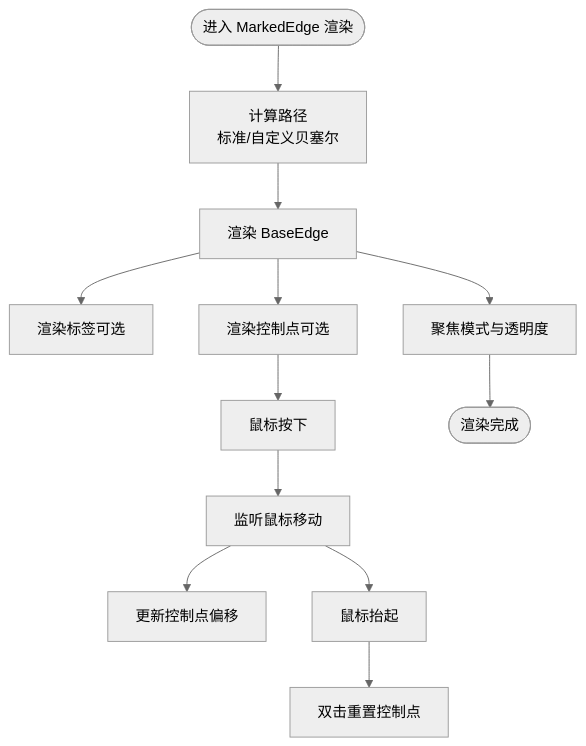
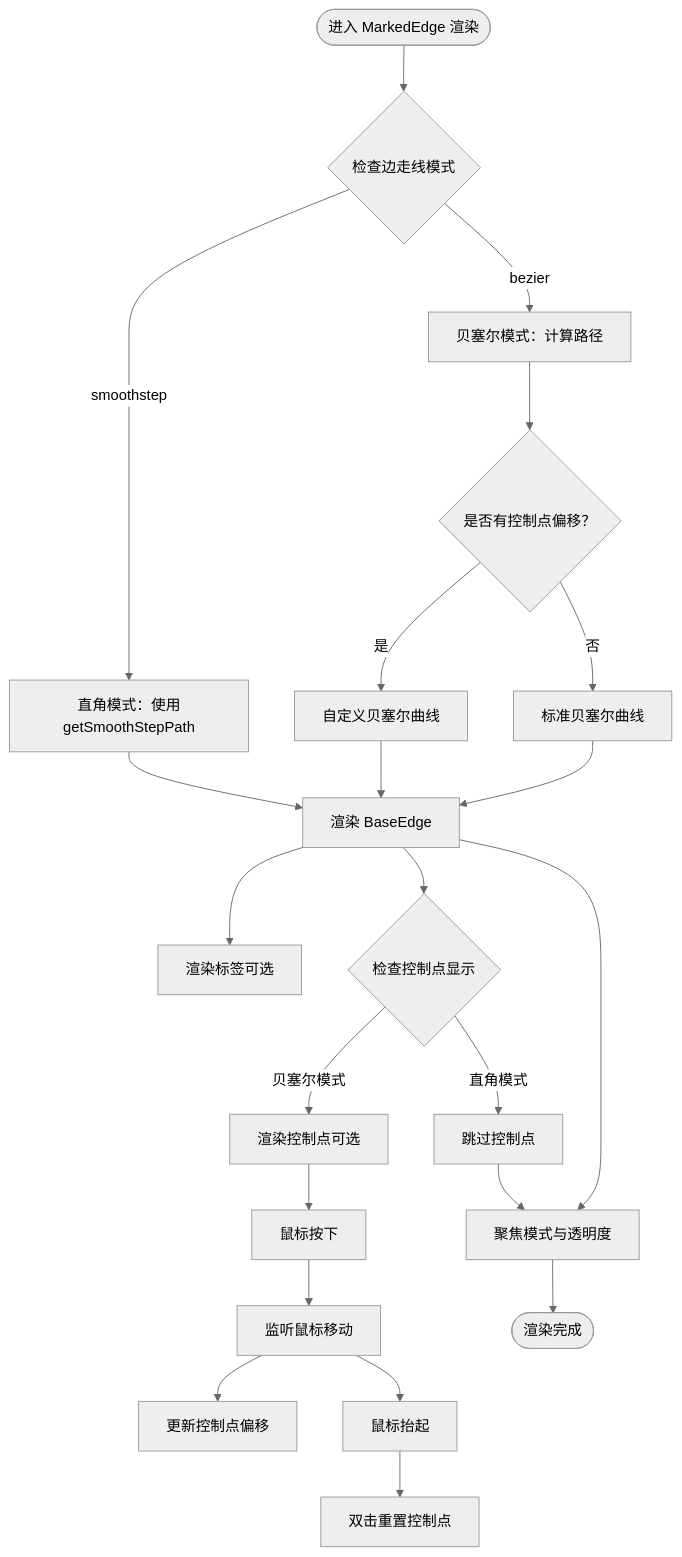
One commit to kqcoxn/MaaPipelineEditor changed the third of 6 diagrams in .qoder/repowiki/zh/content/工作流编辑器/连接系统.md. Above: the diagram before and after it, drawn with Mermaid (neutral theme). The commit also changed other lines of this file and 3 other files, not shown here.

````diff
--- a/.qoder/repowiki/zh/content/工作流编辑器/连接系统.md
+++ b/.qoder/repowiki/zh/content/工作流编辑器/连接系统.md
@@ -170,14 +195,24 @@
 ```mermaid
 flowchart TD
-Start(["进入 MarkedEdge 渲染"]) --> CalcPath["计算路径<br/>标准/自定义贝塞尔"]
-CalcPath --> RenderEdge["渲染 BaseEdge"]
+Start(["进入 MarkedEdge 渲染"]) --> CheckMode{"检查边走线模式"}
+CheckMode --> |smoothstep| SmoothStep["直角模式：使用getSmoothStepPath"]
+CheckMode --> |bezier| PathCalc["贝塞尔模式：计算路径"]
+PathCalc --> HasOffset{"是否有控制点偏移？"}
+HasOffset --> |是| CustomBezier["自定义贝塞尔曲线"]
+HasOffset --> |否| StandardBezier["标准贝塞尔曲线"]
+SmoothStep --> RenderEdge["渲染 BaseEdge"]
+CustomBezier --> RenderEdge
+StandardBezier --> RenderEdge
 RenderEdge --> RenderLabel["渲染标签可选"]
-RenderEdge --> RenderControl["渲染控制点可选"]
+RenderEdge --> ControlPointCheck{"检查控制点显示"}
+ControlPointCheck --> |贝塞尔模式| RenderControl["渲染控制点可选"]
+ControlPointCheck --> |直角模式| SkipControl["跳过控制点"]
 RenderControl --> DragStart["鼠标按下"]
 DragStart --> MouseMove["监听鼠标移动"]
 MouseMove --> UpdateOffset["更新控制点偏移"]
 MouseMove --> DragEnd["鼠标抬起"]
 DragEnd --> Reset["双击重置控制点"]
-RenderEdge --> Focus["聚焦模式与透明度"]
+SkipControl --> Focus["聚焦模式与透明度"]
+RenderEdge --> Focus
 Focus --> End(["渲染完成"])
 ```
````
